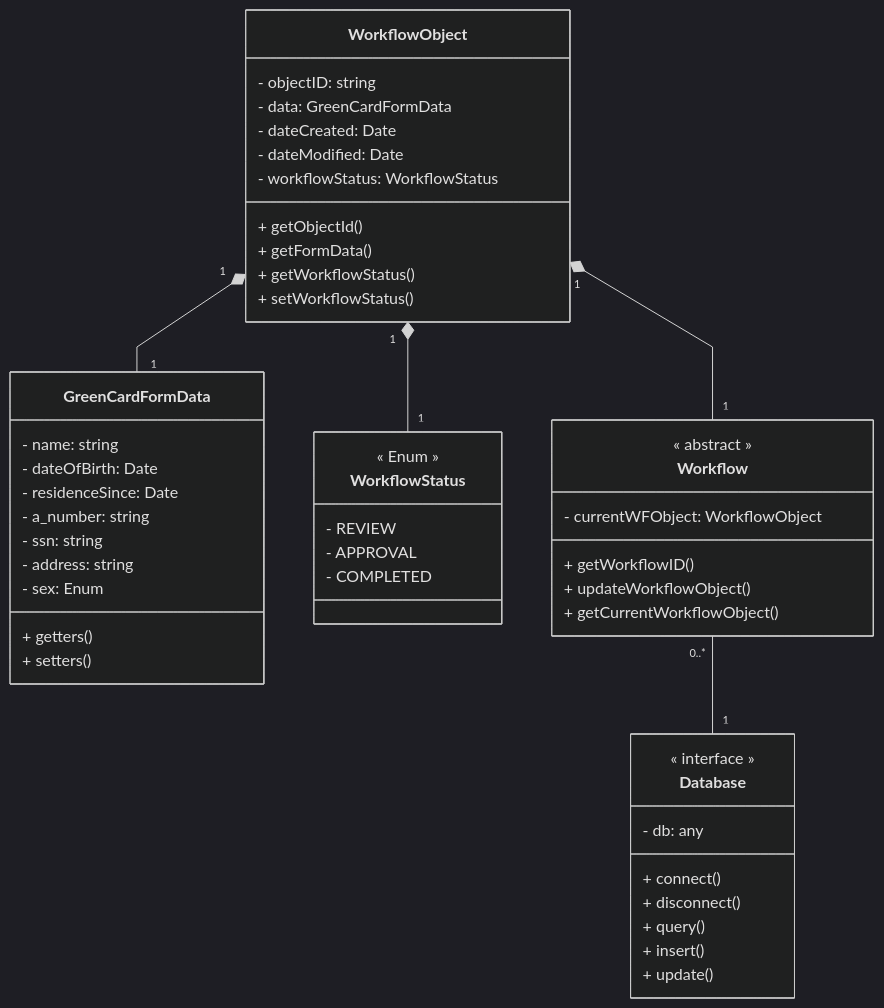
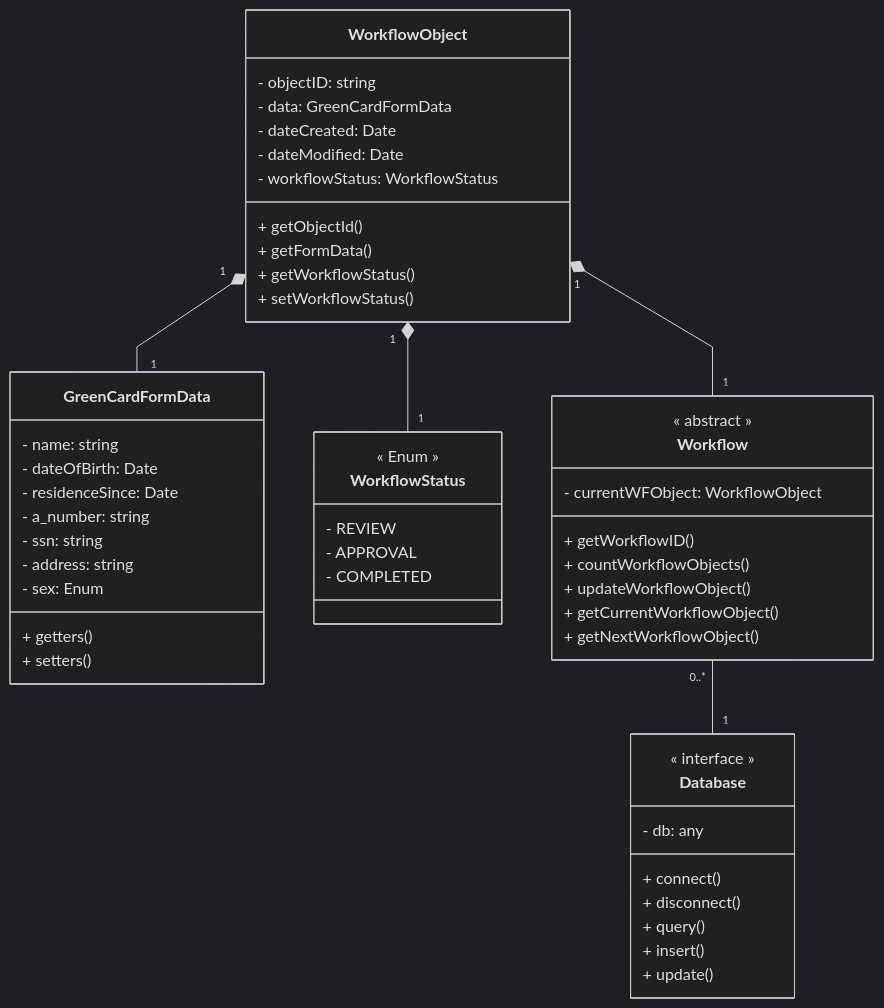
The diagram in docs/SharedClasses.md (tpfahy/CS321), drawn with Mermaid before and after one commit.

Commit message:
updated Shared classes diagram

````diff
--- a/docs/SharedClasses.md
+++ b/docs/SharedClasses.md
@@ -1,58 +1,60 @@
 ```mermaid
 %%{ init : { "theme" : "dark", "flowchart" : { "curve" : "linear" }}}%%
 classDiagram
     class GreenCardFormData {
         - name: string
         - dateOfBirth: Date
         - residenceSince: Date
         - a_number: string
         - ssn: string
         - address: string
         - sex: Enum
 
         + getters()
         + setters()
     }
 
     class WorkflowObject {
         - objectID: string
         - data: GreenCardFormData
         - dateCreated: Date
         - dateModified: Date
         - workflowStatus: WorkflowStatus
         + getObjectId()
         + getFormData()
         + getWorkflowStatus()
         + setWorkflowStatus()
     }
 
     class WorkflowStatus {
         << Enum >>
         - REVIEW
         - APPROVAL
         - COMPLETED
     }
 
     class Workflow {
         << abstract >>
         - currentWFObject: WorkflowObject
         + getWorkflowID()
+        + countWorkflowObjects()
         + updateWorkflowObject()
         + getCurrentWorkflowObject()
+        + getNextWorkflowObject()
     }
 
     class Database {
         << interface >>
         - db: any
         + connect()
         + disconnect()
         + query()
         + insert()
         + update()
     }
     WorkflowObject "1" *-- "1" GreenCardFormData
     WorkflowObject "1" *-- "1" WorkflowStatus
     WorkflowObject "1" *-- "1" Workflow
     Workflow "0..*" -- "1" Database
 
 ```
````
